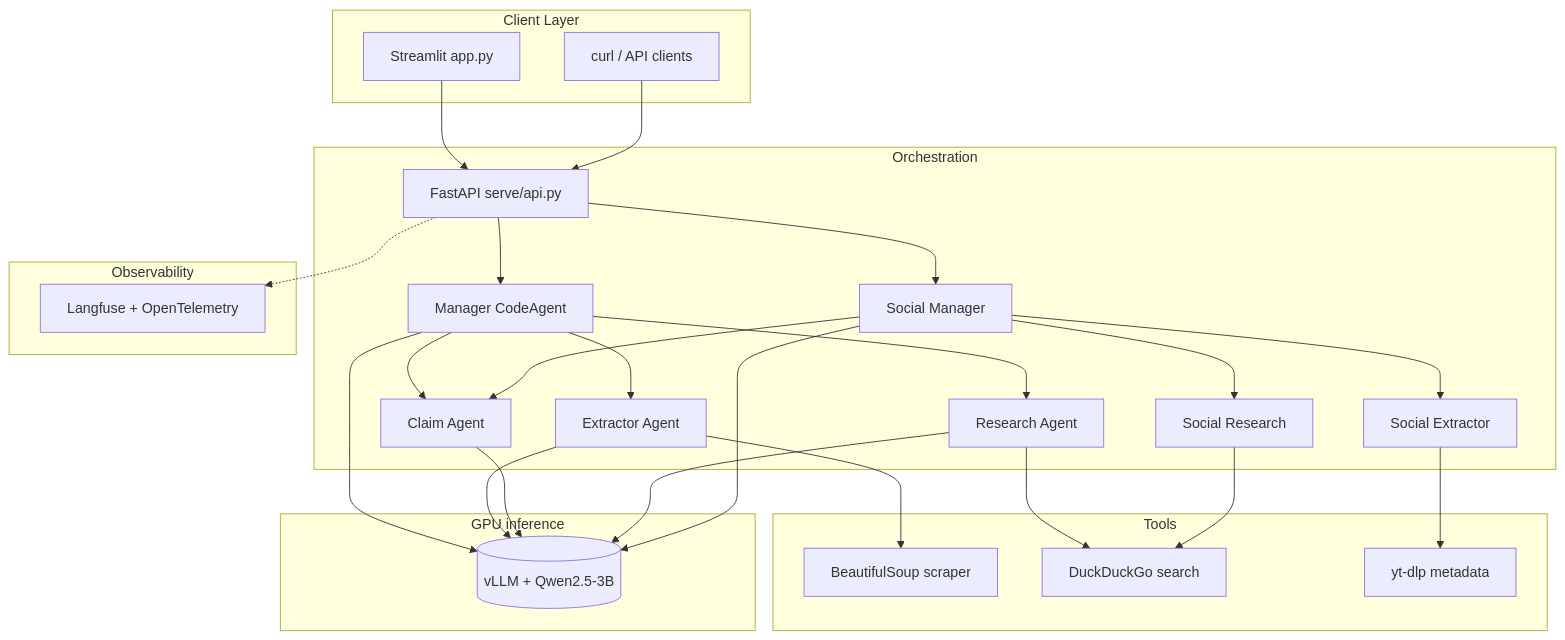
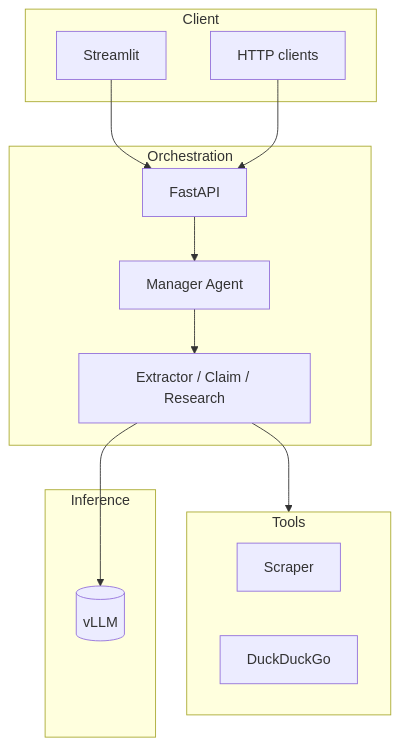
Before and after one commit to itsvaidahipatel/automated-fact-checking-pipeline: the diagram in README.md, drawn with Mermaid. The commit also changed other lines of this file and 8 other files, not shown here.

````diff
--- a/README.md
+++ b/README.md
@@ -43,49 +58,28 @@
 ```mermaid
 flowchart TB
-    subgraph Client["Client Layer"]
-        UI[Streamlit app.py]
-        Curl[curl / API clients]
+    subgraph Client["Client"]
+        UI[Streamlit]
+        API_Client[HTTP clients]
     end
 
     subgraph Orchestration["Orchestration"]
-        API[FastAPI serve/api.py]
-        Mgr[Manager CodeAgent]
-        Ext[Extractor Agent]
-        Clm[Claim Agent]
-        Res[Research Agent]
-        SocMgr[Social Manager]
-        SocExt[Social Extractor]
-        SocRes[Social Research]
+        API[FastAPI]
+        Mgr[Manager Agent]
+        Sub[Extractor / Claim / Research]
     end
 
     subgraph Tools["Tools"]
-        BS[BeautifulSoup scraper]
-        DDG[DuckDuckGo search]
-        YT[yt-dlp metadata]
+        Scrape[Scraper]
+        Search[DuckDuckGo]
     end
 
-    subgraph Inference["GPU inference"]
-        VLLM[(vLLM + Qwen2.5-3B)]
-    end
-
-    subgraph Observability["Observability"]
-        LF[Langfuse + OpenTelemetry]
+    subgraph Inference["Inference"]
+        VLLM[(vLLM)]
     end
 
     UI --> API
-    Curl --> API
-    API --> Mgr
-    API --> SocMgr
-    Mgr --> Ext --> BS
-    Mgr --> Clm
-    Mgr --> Res --> DDG
-    SocMgr --> SocExt --> YT
-    SocMgr --> Clm
-    SocMgr --> SocRes --> DDG
-    Mgr --> VLLM
-    Ext --> VLLM
-    Clm --> VLLM
-    Res --> VLLM
-    SocMgr --> VLLM
-    API -.-> LF
+    API_Client --> API
+    API --> Mgr --> Sub
+    Sub --> Tools
+    Sub --> VLLM
 ```
````
